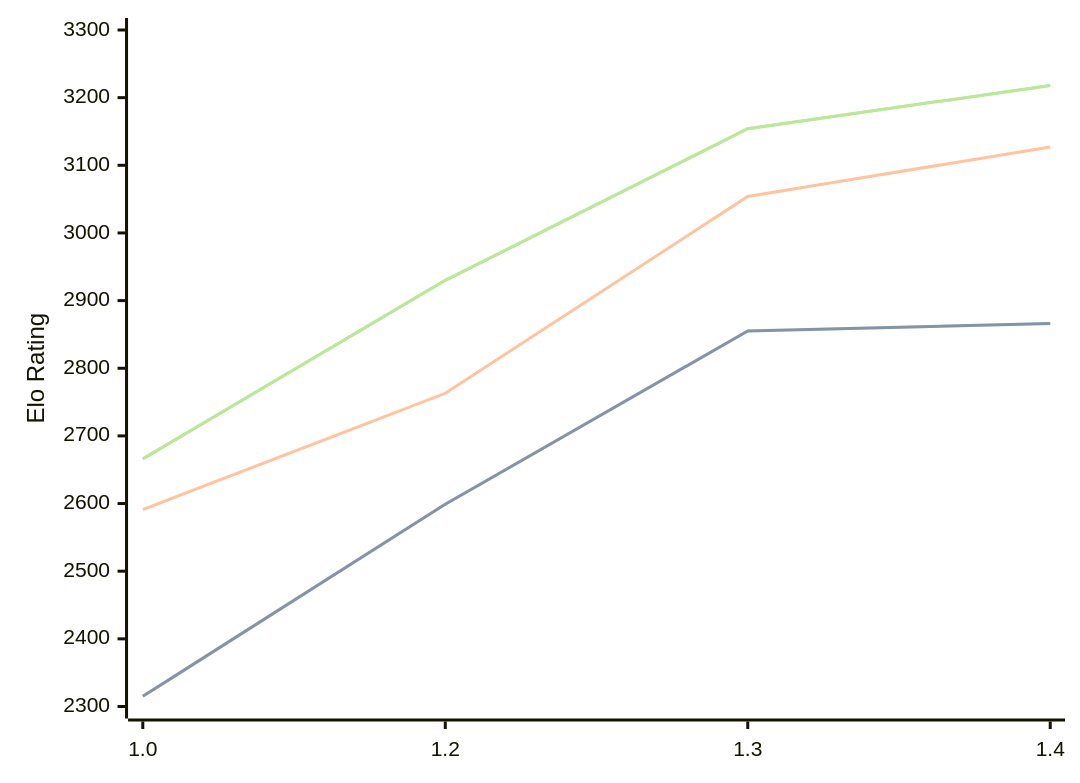
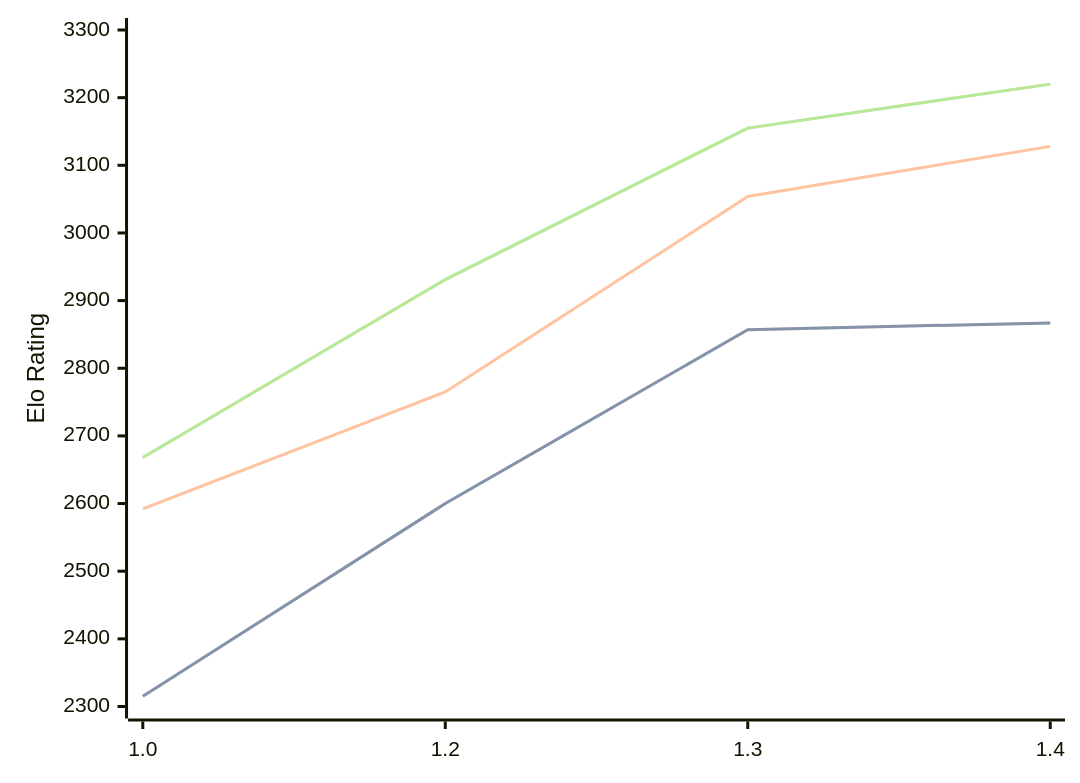
One commit to computer-chess-index/cci changed the third of 3 diagrams in engines/Chessnix.md. Above: the diagram before and after it, drawn with Mermaid. The commit also changed other lines of this file, not shown here.

Commit message:
Update CCI Ratings (ELO VLTC) - 2026-07-02

````diff
--- a/engines/Chessnix.md
+++ b/engines/Chessnix.md
@@ -69,11 +69,11 @@
 ```mermaid
 %%{init: {"theme":"base","themeVariables":{"seriesColors:['#a3a3a3','#222221','#faa371']}}}%%
 xychart-beta
   x-axis ["1.0", "1.2", "1.3", "1.4"]
   y-axis "Elo Rating" 2300 --> 3300
-  line "STC (8.0+0.08s)" [2315, 2599, 2855, 2866]
-  line "STC (8.0+0.08s)" [2315, 2599, 2855, 2866]
-  line "LTC (60.0+0.60s)" [2591, 2763, 3054, 3127]
-  line "VLTC (2m24s+1.12s)" [2666, 2930, 3154, 3218]
-  line "VLTC (2m24s+1.12s)" [2666, 2930, 3154, 3218]
+  line "STC (8.0+0.08s)" [2315, 2600, 2857, 2867]
+  line "STC (8.0+0.08s)" [2315, 2600, 2857, 2867]
+  line "LTC (60.0+0.60s)" [2592, 2765, 3054, 3128]
+  line "VLTC (2m24s+1.12s)" [2668, 2931, 3155, 3220]
+  line "VLTC (2m24s+1.12s)" [2668, 2931, 3155, 3220]
 ```
````
